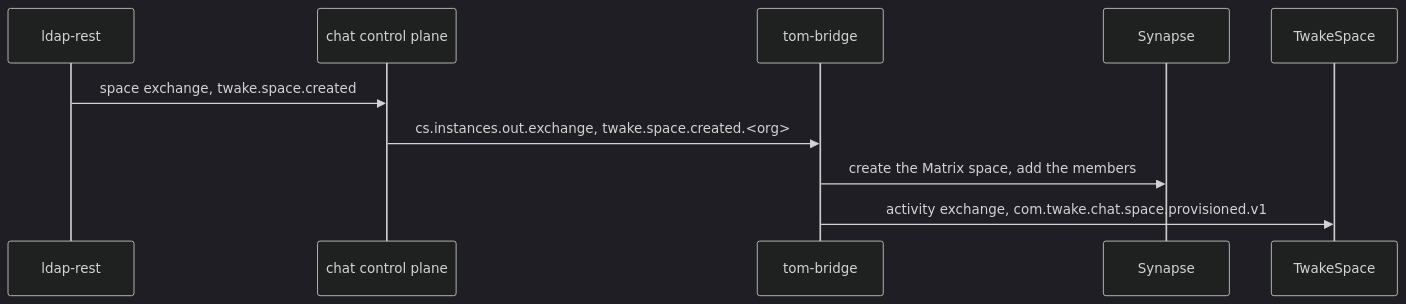
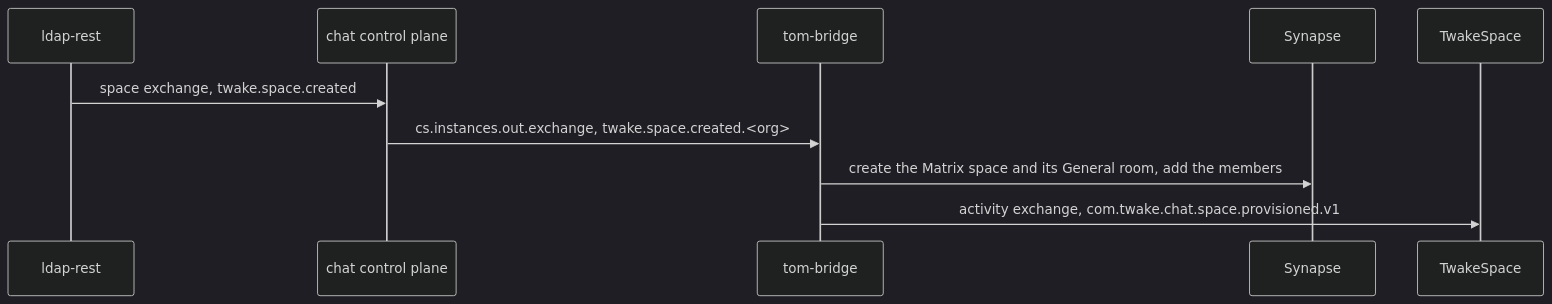
Before and after one commit to 9clg6/ToM-Bridge: the diagram in docs/Spaces.md, drawn with Mermaid (dark theme). The commit also changed other lines of this file and 4 other files, not shown here.

First line of the commit message:
feat(spaces): give each space a General room its members are in

````diff
--- a/docs/Spaces.md
+++ b/docs/Spaces.md
@@ -7,12 +7,12 @@
 ```mermaid
 sequenceDiagram
   participant L as ldap-rest
   participant C as chat control plane
   participant B as tom-bridge
   participant S as Synapse
   participant T as TwakeSpace
   L->>C: space exchange, twake.space.created
   C->>B: cs.instances.out.exchange, twake.space.created.<org>
-  B->>S: create the Matrix space, add the members
+  B->>S: create the Matrix space and its General room, add the members
   B->>T: activity exchange, com.twake.chat.space.provisioned.v1
 ```
````
